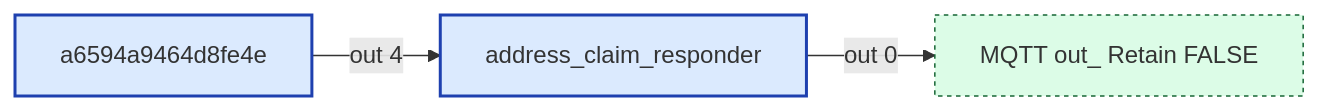
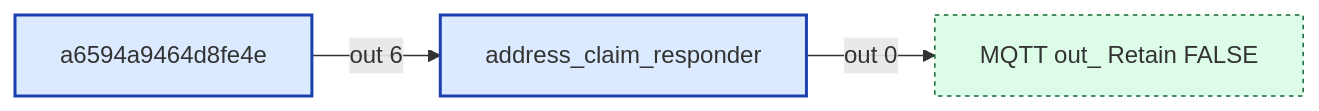
Before and after one commit to Backroads4Me/librecoach-node-red: the third of 31 diagrams in src/wiring/config.md, drawn with Mermaid. The commit also changed other lines of this file, not shown here.

````diff
--- a/src/wiring/config.md
+++ b/src/wiring/config.md
@@ -108,14 +108,14 @@
 ```mermaid
 flowchart LR
   classDef fn fill:#dbeafe,stroke:#1e40af,stroke-width:2px
   classDef ui fill:#ede9fe,stroke:#5b21b6,stroke-width:2px
   classDef sub fill:#fef3c7,stroke:#92400e,stroke-width:2px
   classDef link fill:#dcfce7,stroke:#166534,stroke-width:1px,stroke-dasharray:3 3
   classDef config fill:#f3f4f6,stroke:#6b7280,stroke-width:1px,stroke-dasharray:2 2
   classDef disabled opacity:0.5,stroke-dasharray:4 4
   n_a493ca49e16b["MQTT out_ Retain FALSE"]:::link
   n_a6594a9464d8["a6594a9464d8fe4e"]:::fn
   n_ac1a1dd2e5f0["address_claim_responder"]:::fn
-  n_a6594a9464d8 -->|out 4| n_ac1a1dd2e5f0
+  n_a6594a9464d8 -->|out 6| n_ac1a1dd2e5f0
   n_ac1a1dd2e5f0 -->|out 0| n_a493ca49e16b
 ```
````
